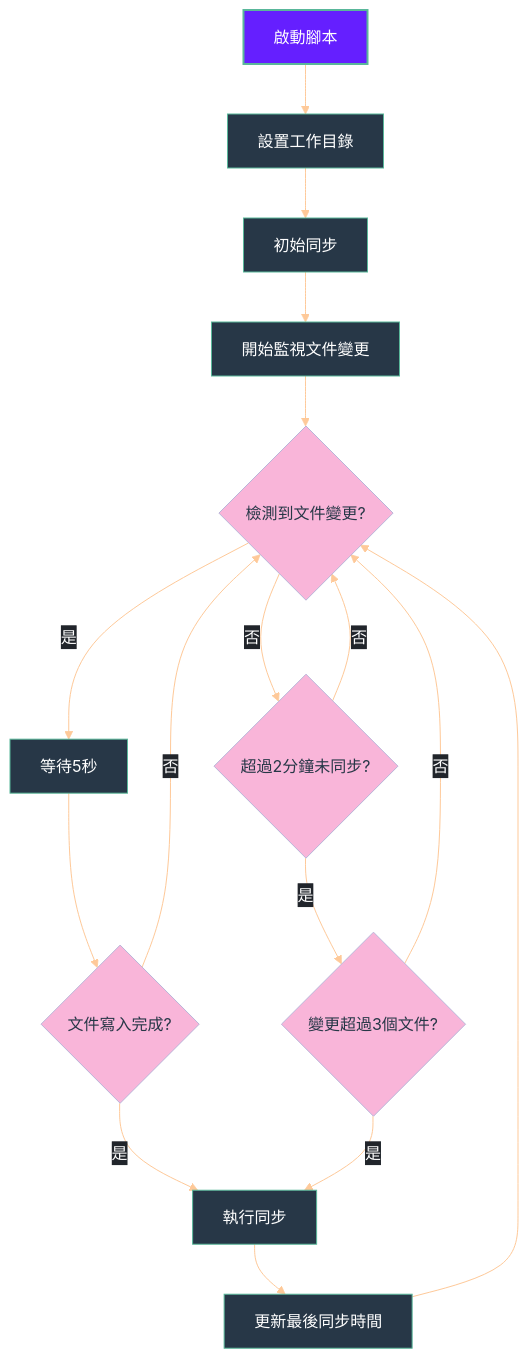
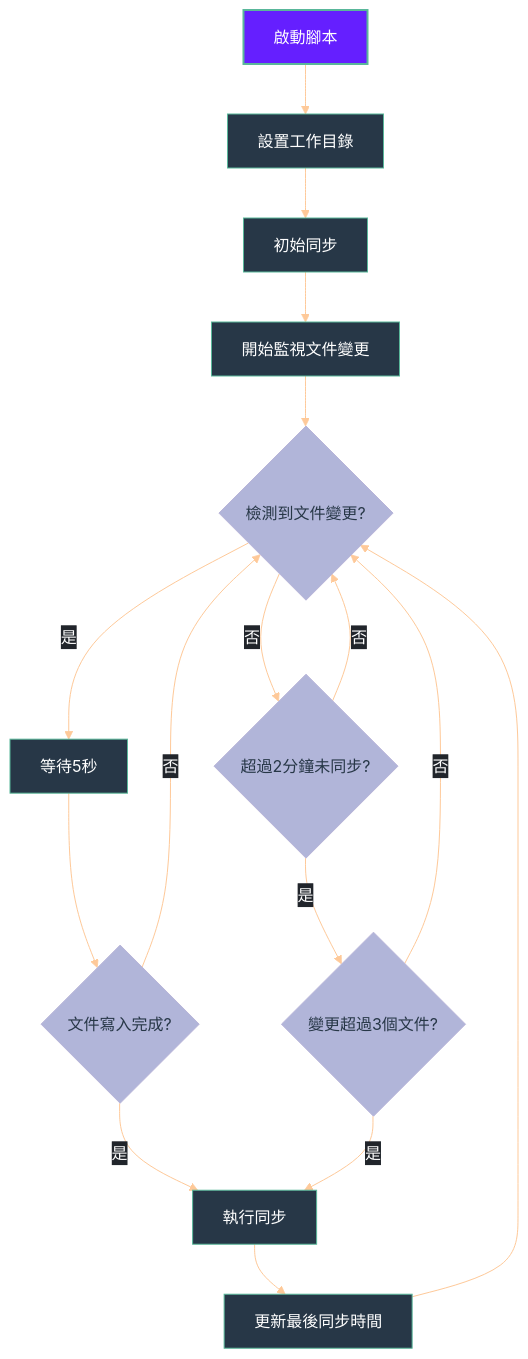
One commit to GengGeng026/Sync-Logseq changed the second of 2 diagrams in Logseq同步方案演進記錄.md. Above: the diagram before and after it, drawn with Mermaid.

Commit message:
Auto-sync: Wed Mar 26 10:19:30 +08 2025

````diff
--- a/Logseq同步方案演進記錄.md
+++ b/Logseq同步方案演進記錄.md
@@ -375,52 +375,52 @@
 ```mermaid
 %%{init: {
   'theme': 'base', 
   'themeVariables': {
     'primaryColor': '#19E9D9',
     'primaryTextColor': '#FFFFFF',
     'primaryBorderColor': '#59B79A',
     'lineColor': '#FEC999',
     'secondaryColor': '#FFCB6B',
     'tertiaryColor': '#F07178',
     'background': 'transparent',
     'textColor': '#EEFFFF',
     'mainBkg': '#273747',
     'nodeBorder': '#59B79A',
     'clusterBkg': 'transparent',
     'edgeLabelBackground': '#21252B'
   },
   'flowchart': {
     'curve': 'basis',
     'nodeSpacing': 50,
     'rankSpacing': 50,
     'padding': 15
   }
 }}%%
 flowchart TD
     %% 節點樣式優化
     classDef start fill:#651FFF,stroke:#59B79A,color:#FFFFFF,stroke-width:2px;
     classDef process fill:#19E9D,stroke:#59B79A,color:#FFFFFF,stroke-width:1px;
-    classDef condition fill:#F9B5D9,stroke:#B9B5D9,color:#273747,stroke-width:1px,shape:diamond;
+    classDef condition fill:#B1B5D9,stroke:#B9B5D9,color:#273747,stroke-width:1px,shape:diamond;
     classDef action fill:#F07178,stroke:#59B79A,color:#FFFFFF,stroke-width:1px;
     
     A[啟動腳本] --> B[設置工作目錄]
     B --> C[初始同步]
     C --> D[開始監視文件變更]
     D --> E{檢測到文件變更?}
     E -->|是| F[等待5秒]
     F --> G{文件寫入完成?}
     G -->|是| H[執行同步]
     G -->|否| E
     E -->|否| I{超過2分鐘未同步?}
     I -->|是| J{變更超過3個文件?}
     J -->|是| H
     J -->|否| E
     I -->|否| E
     H --> K[更新最後同步時間]
     K --> E
     
     %% 應用樣式
     class A start;
     class B,C,D,F,H,K process;
     class E,G,I,J condition;
 ```
````
